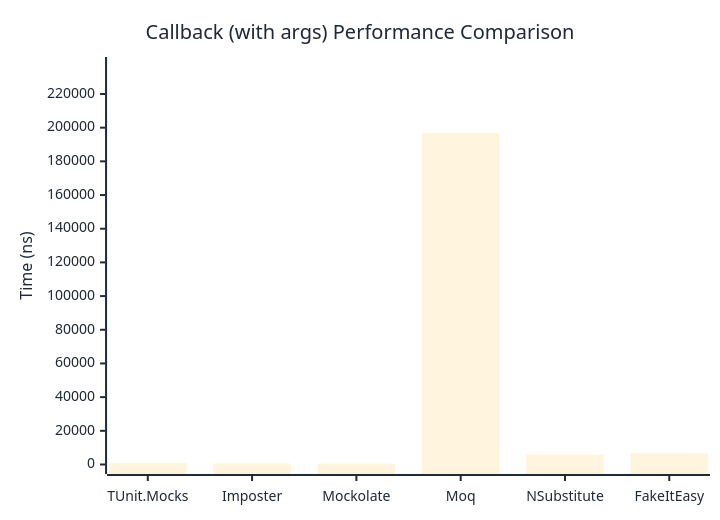
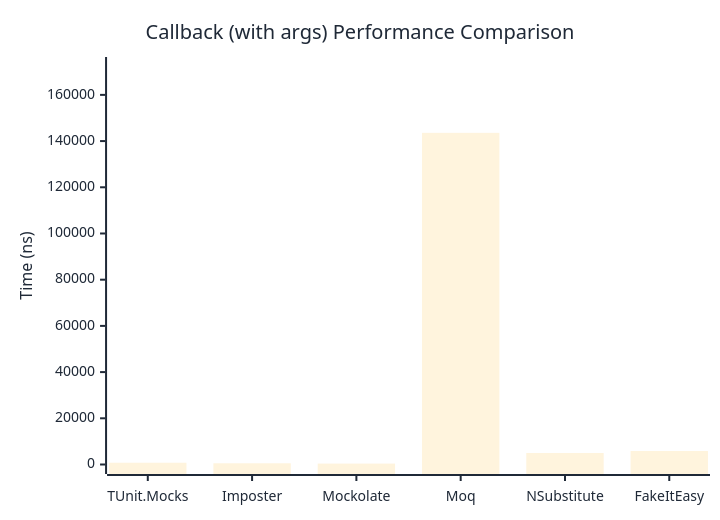
One commit to thomhurst/TUnit changed the second of 2 diagrams in docs/docs/benchmarks/mocks/Callback.md. Above: the diagram before and after it, drawn with Mermaid. The commit also changed other lines of this file and 14 other files, not shown here.

````diff
--- a/docs/docs/benchmarks/mocks/Callback.md
+++ b/docs/docs/benchmarks/mocks/Callback.md
@@ -71,27 +71,27 @@
 ```mermaid
 %%{init: {
   'theme':'base',
   'themeVariables': {
     'primaryColor': '#2563eb',
     'primaryTextColor': '#1f2937',
     'primaryBorderColor': '#1e40af',
     'lineColor': '#6b7280',
     'secondaryColor': '#7c3aed',
     'tertiaryColor': '#dc2626',
     'background': '#ffffff',
     'pie1': '#2563eb',
     'pie2': '#7c3aed',
     'pie3': '#dc2626',
     'pie4': '#f59e0b',
     'pie5': '#10b981',
     'pie6': '#06b6d4',
     'pie7': '#ec4899',
     'pie8': '#6366f1'
   }
 }}%%
 xychart-beta
   title "Callback (with args) Performance Comparison"
   x-axis ["TUnit.Mocks", "Imposter", "Mockolate", "Moq", "NSubstitute", "FakeItEasy"]
-  y-axis "Time (ns)" 0 --> 236320
-  bar [875.8, 588.5, 448.1, 196933.2, 5804.1, 6636.4]
+  y-axis "Time (ns)" 0 --> 172284
+  bar [767.9, 536.4, 396.3, 143569.2, 4988.9, 5841.9]
 ```
````
